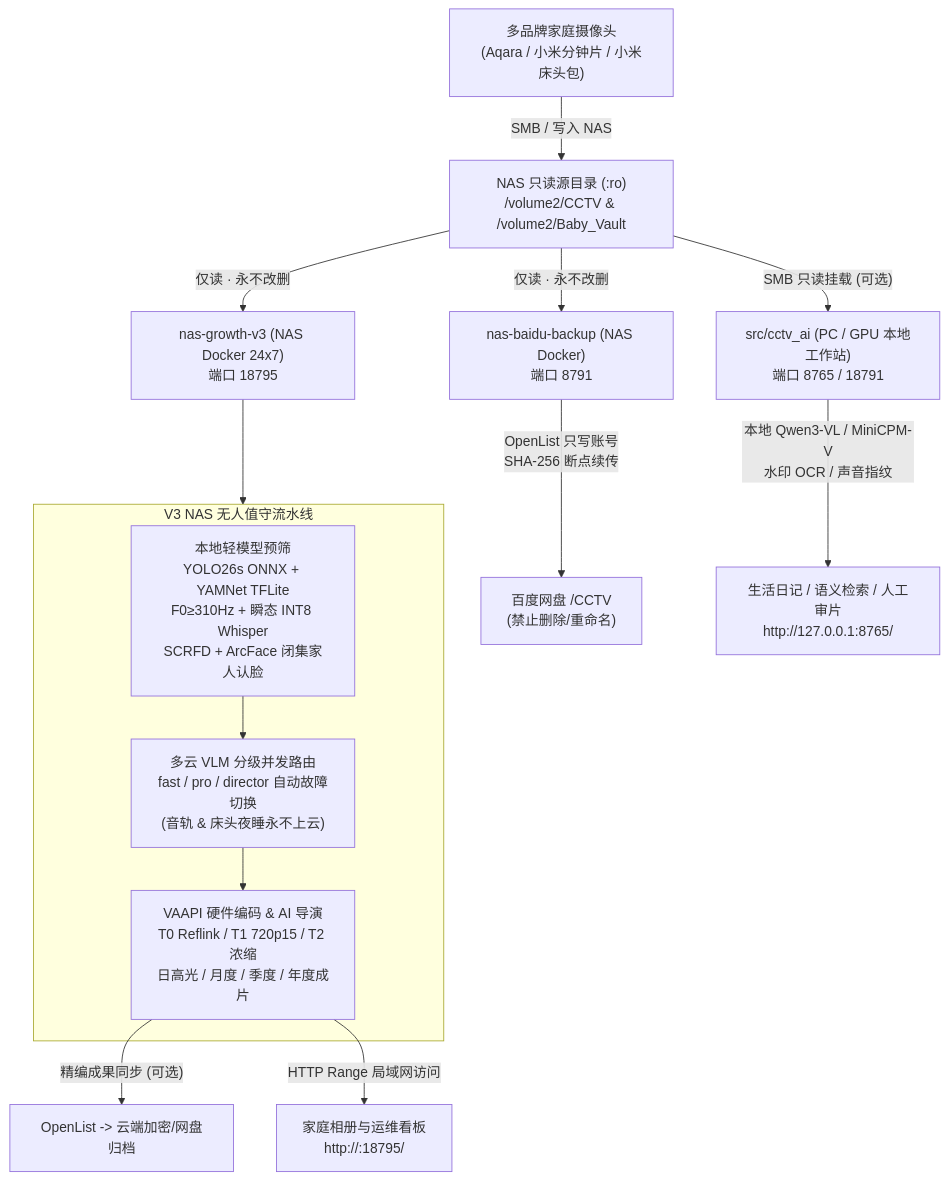
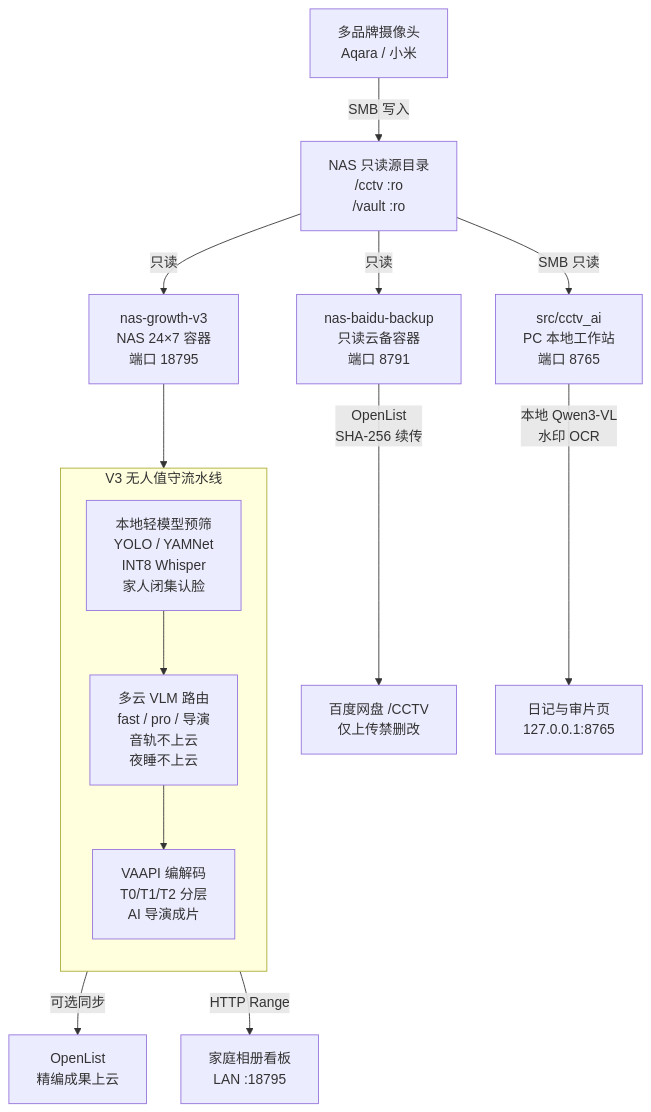
One commit to zhr2038/CCTV changed the diagram in README.md. Above: the diagram before and after it, drawn with Mermaid.

Commit message:
docs: tighten README Mermaid architecture labels to prevent GitHub clipping

````diff
--- a/README.md
+++ b/README.md
@@ -15,22 +15,31 @@
 ```mermaid
+---
+config:
+  flowchart:
+    nodeSpacing: 40
+    rankSpacing: 50
+    padding: 16
+    wrappingWidth: 320
+---
 flowchart TD
-    CAM["多品牌家庭摄像头<br/>(Aqara / 小米分钟片 / 小米床头包)"] -->|"SMB / 写入 NAS"| SRC["NAS 只读源目录 (:ro)<br/>/volume2/CCTV & /volume2/Baby_Vault"]
+    CAM["多品牌摄像头<br/>Aqara / 小米"] -->|"SMB 写入"| SRC["NAS 只读源目录<br/>/cctv :ro<br/>/vault :ro"]
 
-    SRC -->|"仅读 · 永不改删"| V3["nas-growth-v3 (NAS Docker 24x7)<br/>端口 18795"]
-    SRC -->|"仅读 · 永不改删"| BAK["nas-baidu-backup (NAS Docker)<br/>端口 8791"]
-    SRC -->|"SMB 只读挂载 (可选)"| PC["src/cctv_ai (PC / GPU 本地工作站)<br/>端口 8765 / 18791"]
+    SRC -->|"只读"| V3["nas-growth-v3<br/>NAS 24×7 容器<br/>端口 18795"]
+    SRC -->|"只读"| BAK["nas-baidu-backup<br/>只读云备容器<br/>端口 8791"]
+    SRC -->|"SMB 只读"| PC["src/cctv_ai<br/>PC 本地工作站<br/>端口 8765"]
 
-    subgraph V3_PIPE["V3 NAS 无人值守流水线"]
-        V3_LOC["本地轻模型预筛<br/>YOLO26s ONNX + YAMNet TFLite<br/>F0≥310Hz + 瞬态 INT8 Whisper<br/>SCRFD + ArcFace 闭集家人认脸"]
-        V3_VLM["多云 VLM 分级并发路由<br/>fast / pro / director 自动故障切换<br/>(音轨 & 床头夜睡永不上云)"]
-        V3_MEDIA["VAAPI 硬件编码 & AI 导演<br/>T0 Reflink / T1 720p15 / T2 浓缩<br/>日高光 / 月度 / 季度 / 年度成片"]
+    subgraph V3_PIPE["V3 无人值守流水线"]
+        direction TB
+        V3_LOC["本地轻模型预筛<br/>YOLO / YAMNet<br/>INT8 Whisper<br/>家人闭集认脸"]
+        V3_VLM["多云 VLM 路由<br/>fast / pro / 导演<br/>音轨不上云<br/>夜睡不上云"]
+        V3_MEDIA["VAAPI 编解码<br/>T0/T1/T2 分层<br/>AI 导演成片"]
         V3_LOC --> V3_VLM --> V3_MEDIA
     end
 
-    V3 --> V3_PIPE
-    V3_MEDIA -->|"精编成果同步 (可选)"| OL["OpenList -> 云端加密/网盘归档"]
-    V3_MEDIA -->|"HTTP Range 局域网访问"| UI_V3["家庭相册与运维看板<br/>http://<NAS_LAN_IP>:18795/"]
+    V3 --> V3_LOC
+    V3_MEDIA -->|"可选同步"| OL["OpenList<br/>精编成果上云"]
+    V3_MEDIA -->|"HTTP Range"| UI_V3["家庭相册看板<br/>LAN :18795"]
 
-    BAK -->|"OpenList 只写账号<br/>SHA-256 断点续传"| OL_BAK["百度网盘 /CCTV<br/>(禁止删除/重命名)"]
-    PC -->|"本地 Qwen3-VL / MiniCPM-V<br/>水印 OCR / 声音指纹"| UI_PC["生活日记 / 语义检索 / 人工审片<br/>http://127.0.0.1:8765/"]
+    BAK -->|"OpenList<br/>SHA-256 续传"| OL_BAK["百度网盘 /CCTV<br/>仅上传禁删改"]
+    PC -->|"本地 Qwen3-VL<br/>水印 OCR"| UI_PC["日记与审片页<br/>127.0.0.1:8765"]
 ```
````
